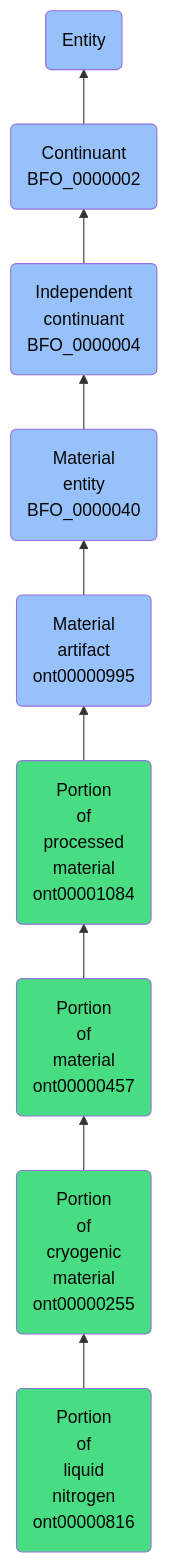
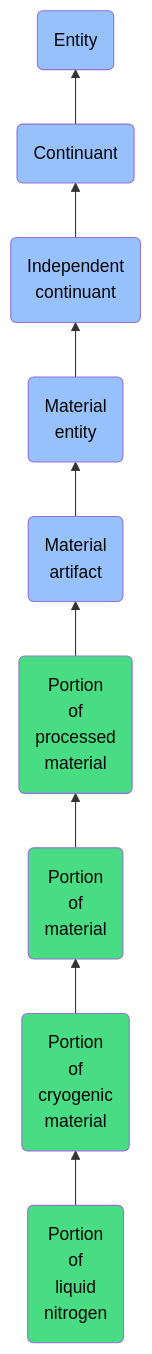
Before and after one commit to jupyter-naas/abi: the diagram in docs/ontology/reference/model/Entity/Continuant/Independent continuant/Material entity/Material artifact/Portion of processed material/Portion of material/Portion of cryogenic material/Portion of liquid nitrogen/Portion of liquid nitrogen.md, drawn with Mermaid. The commit also changed other lines of this file and 1430 other files, not shown here.

````diff
--- a/docs/ontology/reference/model/Entity/Continuant/Independent continuant/Material entity/Material artifact/Portion of processed material/Portion of material/Portion of cryogenic material/Portion of liquid nitrogen/Portion of liquid nitrogen.md
+++ b/docs/ontology/reference/model/Entity/Continuant/Independent continuant/Material entity/Material artifact/Portion of processed material/Portion of material/Portion of cryogenic material/Portion of liquid nitrogen/Portion of liquid nitrogen.md
@@ -24,16 +24,16 @@
 ```mermaid
 graph BT
-    ont00000816(Portion<br>of<br>liquid<br>nitrogen<br>ont00000816):::ABI-->ont00000255
-    ont00000255(Portion<br>of<br>cryogenic<br>material<br>ont00000255):::ABI-->ont00000457
-    ont00000457(Portion<br>of<br>material<br>ont00000457):::ABI-->ont00001084
-    ont00001084(Portion<br>of<br>processed<br>material<br>ont00001084):::ABI-->ont00000995
-    ont00000995(Material<br>artifact<br>ont00000995):::BFO-->BFO_0000040
-    BFO_0000040(Material<br>entity<br>BFO_0000040):::BFO-->BFO_0000004
-    BFO_0000004(Independent<br>continuant<br>BFO_0000004):::BFO-->BFO_0000002
-    BFO_0000002(Continuant<br>BFO_0000002):::BFO-->BFO_0000001
+    ont00000816(Portion<br>of<br>liquid<br>nitrogen):::ABI-->ont00000255
+    ont00000255(Portion<br>of<br>cryogenic<br>material):::ABI-->ont00000457
+    ont00000457(Portion<br>of<br>material):::ABI-->ont00001084
+    ont00001084(Portion<br>of<br>processed<br>material):::ABI-->ont00000995
+    ont00000995(Material<br>artifact):::BFO-->BFO_0000040
+    BFO_0000040(Material<br>entity):::BFO-->BFO_0000004
+    BFO_0000004(Independent<br>continuant):::BFO-->BFO_0000002
+    BFO_0000002(Continuant):::BFO-->BFO_0000001
     BFO_0000001(Entity):::BFO
     
     classDef BFO fill:#97c1fb,color:#060606
     classDef CCO fill:#e4c51e,color:#060606
     classDef ABI fill:#48DD82,color:#060606
 ```
````
